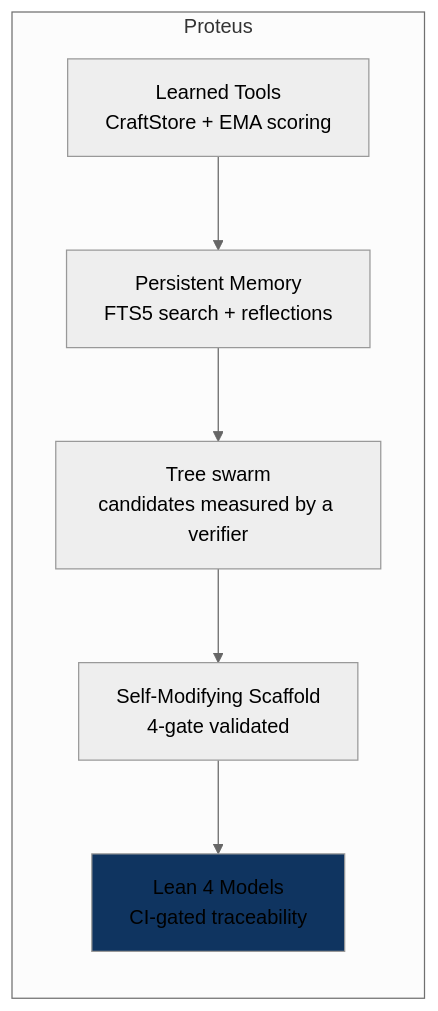
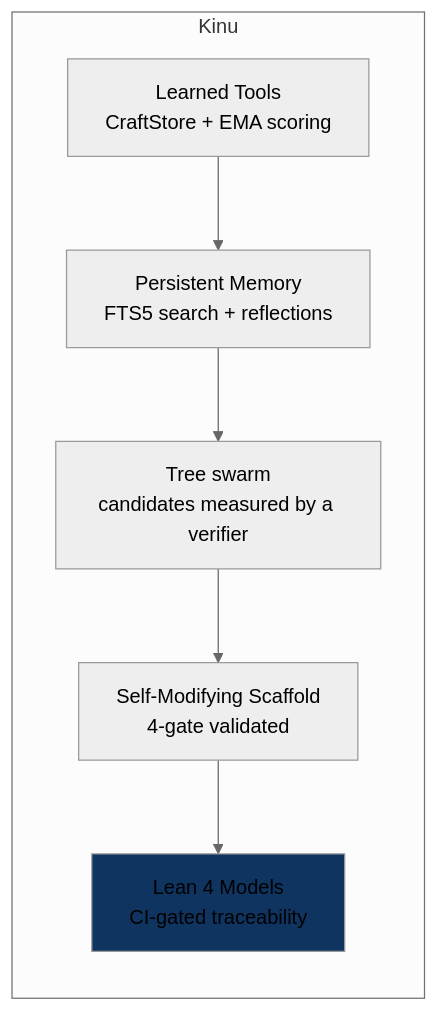
Before and after one commit to AshishKumar4/Proteus: the first of 3 diagrams in docs/APPLICATIONS.md, drawn with Mermaid (neutral theme). The commit also changed other lines of this file and 252 other files, not shown here.

````diff
--- a/docs/APPLICATIONS.md
+++ b/docs/APPLICATIONS.md
@@ -15,11 +15,11 @@
 ```mermaid
 graph LR
-    subgraph "Proteus"
+    subgraph "Kinu"
         B1[Learned Tools<br/>CraftStore + EMA scoring] --> B2[Persistent Memory<br/>FTS5 search + reflections]
         B2 --> B3[Tree swarm<br/>candidates measured by a verifier]
         B3 --> B4[Self-Modifying Scaffold<br/>4-gate validated]
         B4 --> B5[Lean 4 Models<br/>CI-gated traceability]
     end
 
     style B5 fill:#0f3460
 ```
````
